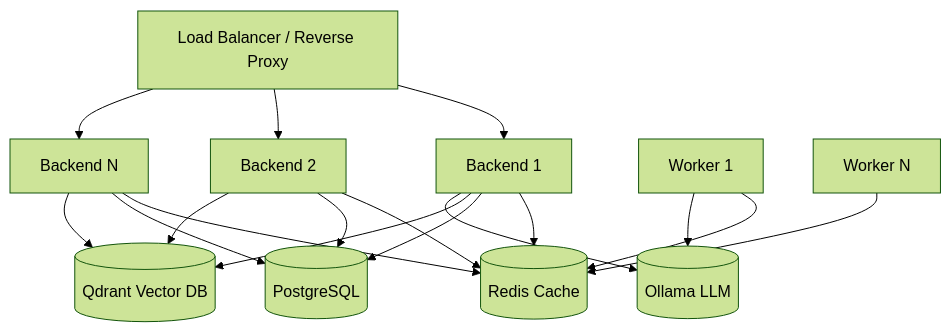
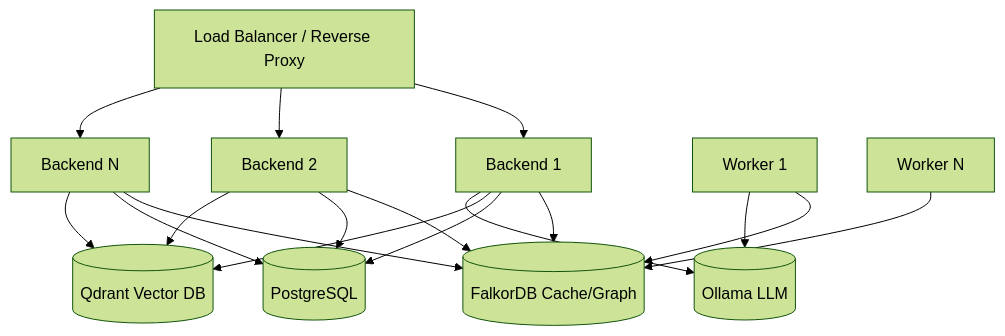
Before and after one commit to baselithcore/baselithcore: the diagram in mkdocs-site/docs/advanced/deployment.md, drawn with Mermaid (forest theme). The commit also changed other lines of this file and 4 other files, not shown here.

Commit message:
Update documentation, diagrams, and configurations to reflect FalkorDB as the unified Redis-compatible storage solution.

````diff
--- a/mkdocs-site/docs/advanced/deployment.md
+++ b/mkdocs-site/docs/advanced/deployment.md
@@ -35,24 +35,24 @@
 ```mermaid
 graph TB
     LB[Load Balancer / Reverse Proxy] --> B1[Backend 1]
     LB --> B2[Backend 2]
     LB --> B3[Backend N]
     
-    B1 --> Redis[(Redis Cache)]
-    B2 --> Redis
-    B3 --> Redis
+    B1 --> Falkor[(FalkorDB Cache/Graph)]
+    B2 --> Falkor
+    B3 --> Falkor
     
     B1 --> PG[(PostgreSQL)]
     B2 --> PG
     B3 --> PG
     
     B1 --> Qdrant[(Qdrant Vector DB)]
     B2 --> Qdrant
     B3 --> Qdrant
     
-    W1[Worker 1] --> Redis
-    W2[Worker N] --> Redis
+    W1[Worker 1] --> Falkor
+    W2[Worker N] --> Falkor
     
     B1 --> Ollama[(Ollama LLM)]
     W1 --> Ollama
 ```
````
